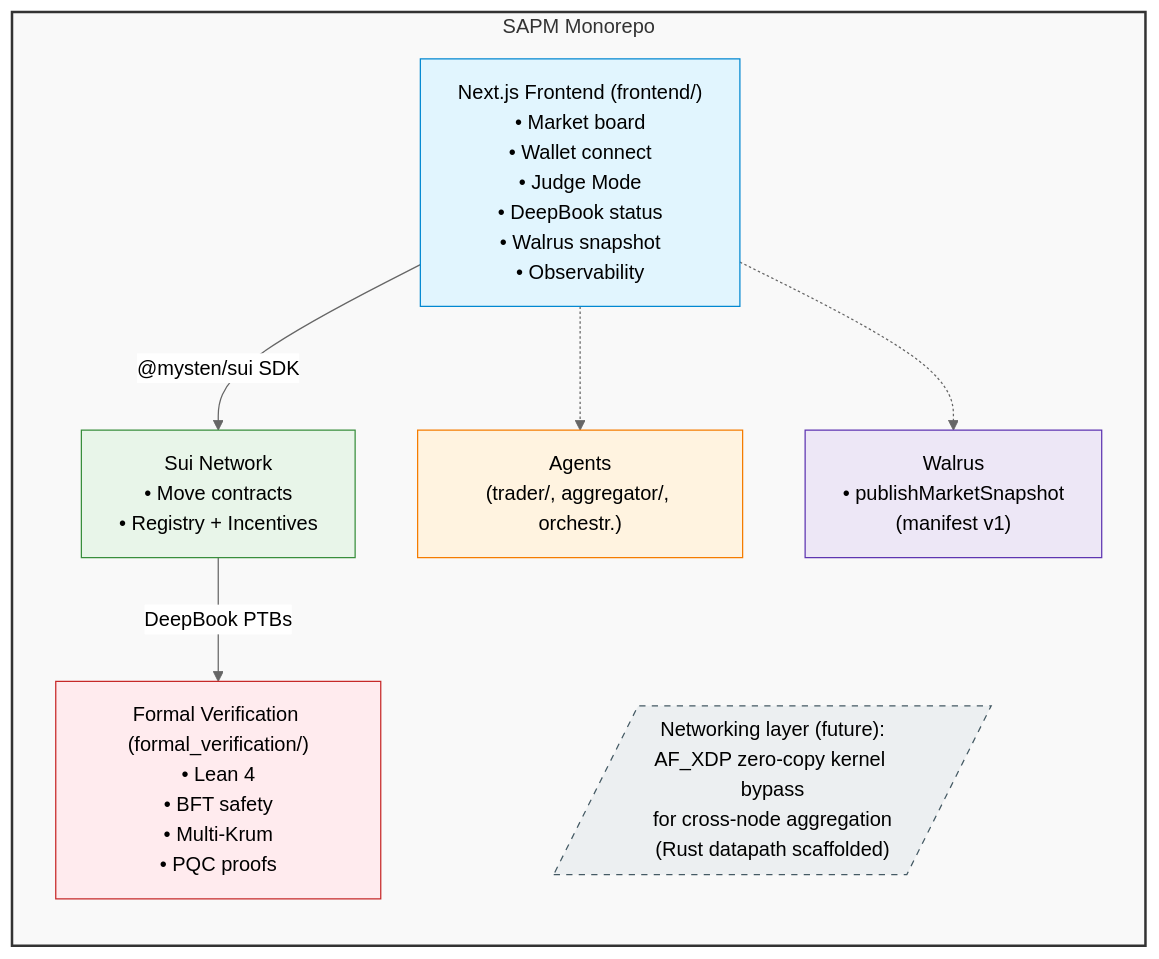
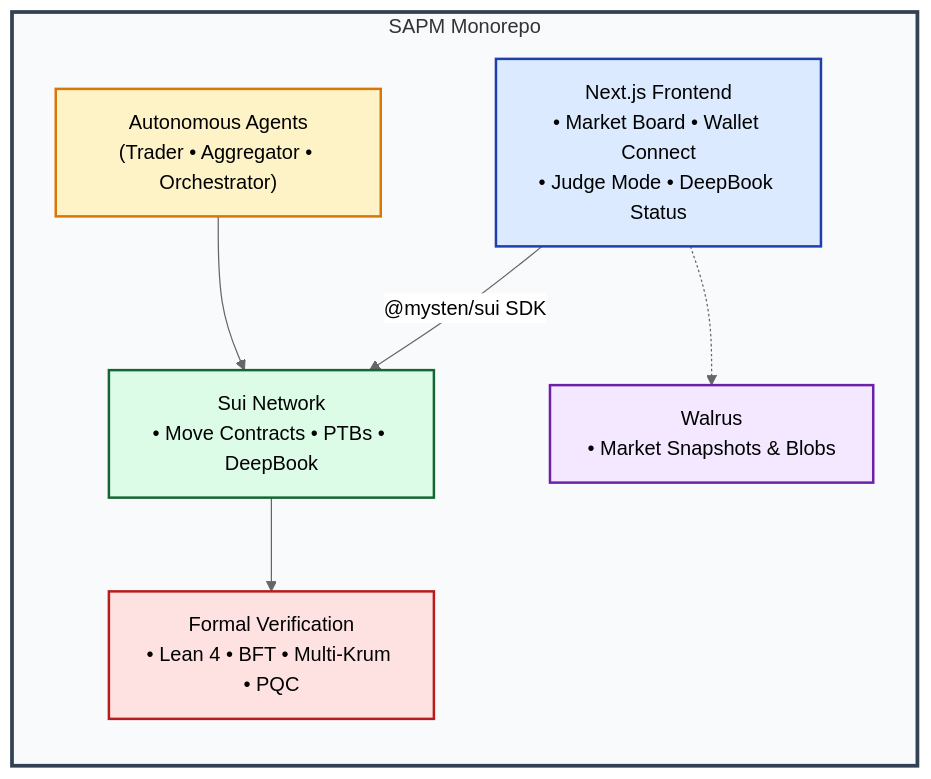
The diagram in README.md (rwilliamspbg-ops/Sovereign-Agentic-Prediction-Market-SAPM-on-Sui-Core), drawn with Mermaid (neutral theme) before and after one commit. The commit also changed other lines of this file, not shown here.

````diff
--- a/README.md
+++ b/README.md
@@ -23,26 +33,24 @@
 ```mermaid
 graph TB
-    subgraph SAPM_Monorepo [SAPM Monorepo]
+    subgraph SAPM_Monorepo ["SAPM Monorepo"]
         direction TB
 
-        Frontend["Next.js Frontend (frontend/)<br>• Market board<br>• Wallet connect<br>• Judge Mode<br>• DeepBook status<br>• Walrus snapshot<br>• Observability"]
-        Agents["Agents<br>(trader/, aggregator/, orchestr.)"]
-        Sui["Sui Network<br>• Move contracts<br>• Registry + Incentives"]
-        Walrus["Walrus<br>• publishMarketSnapshot<br>(manifest v1)"]
-        FormalVerification["Formal Verification (formal_verification/)<br>• Lean 4<br>• BFT safety<br>• Multi-Krum<br>• PQC proofs"]
-        Networking[/"Networking layer (future):<br>AF_XDP zero-copy kernel bypass<br>for cross-node aggregation<br>(Rust datapath scaffolded)"/]
+        Frontend["Next.js Frontend<br/>• Market Board • Wallet Connect<br/>• Judge Mode • DeepBook Status"]
+        Agents["Autonomous Agents<br/>(Trader • Aggregator • Orchestrator)"]
+        Sui["Sui Network<br/>• Move Contracts • PTBs • DeepBook"]
+        Walrus["Walrus<br/>• Market Snapshots & Blobs"]
+        FormalVerification["Formal Verification<br/>• Lean 4 • BFT • Multi-Krum • PQC"]
 
         Frontend -->|"@mysten/sui SDK"| Sui
-        Frontend -.-> Agents
+        Agents --> Sui
         Frontend -.-> Walrus
-        Sui -->|"DeepBook PTBs"| FormalVerification
+        Sui --> FormalVerification
     end
 
-    style SAPM_Monorepo fill:#f9f9f9,stroke:#333,stroke-width:2px;
-    style Frontend fill:#e1f5fe,stroke:#0288d1,stroke-width:1px;
-    style Agents fill:#fff3e0,stroke:#f57c00,stroke-width:1px;
-    style Sui fill:#e8f5e9,stroke:#388e3c,stroke-width:1px;
-    style Walrus fill:#ede7f6,stroke:#5e35b1,stroke-width:1px;
-    style FormalVerification fill:#ffebee,stroke:#c62828,stroke-width:1px;
-    style Networking fill:#eceff1,stroke:#455a64,stroke-width:1px,stroke-dasharray: 5 5;
+    style SAPM_Monorepo fill:#f8fafc,stroke:#334155,stroke-width:3px
+    style Frontend fill:#dbeafe,stroke:#1e40af,stroke-width:2px
+    style Agents fill:#fef3c7,stroke:#d97706,stroke-width:2px
+    style Sui fill:#dcfce7,stroke:#166534,stroke-width:2px
+    style Walrus fill:#f3e8ff,stroke:#6b21a8,stroke-width:2px
+    style FormalVerification fill:#fee2e2,stroke:#b91c1c,stroke-width:2px
 ```
````
